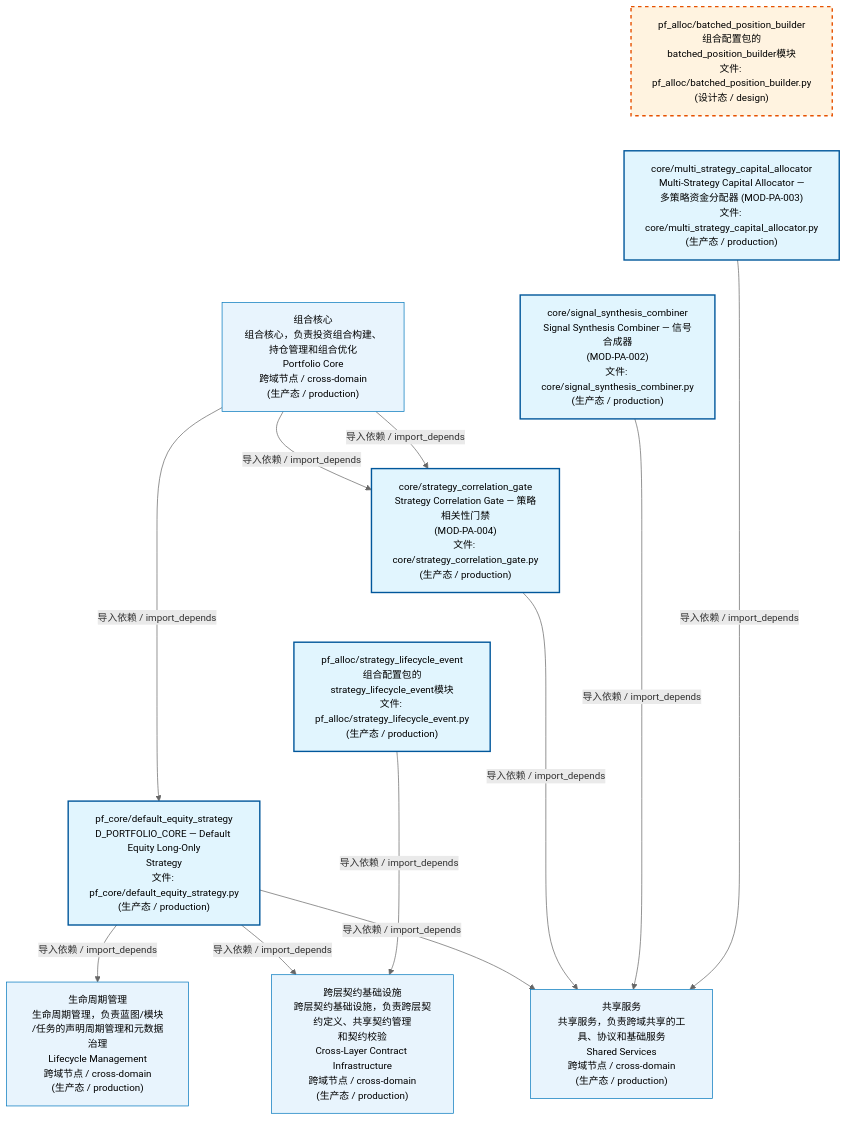
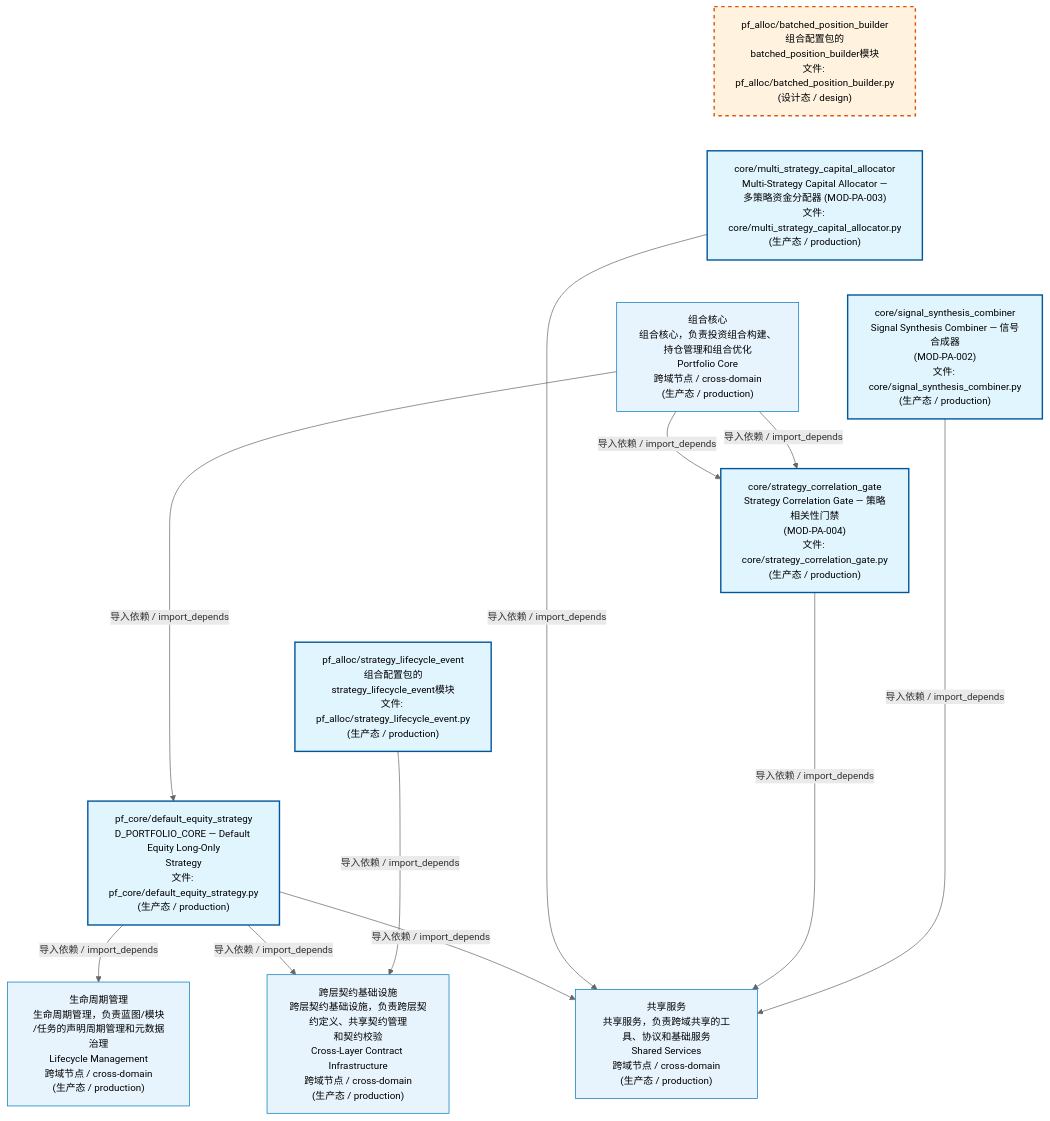
Before and after one commit to xuanFelixVan/ZephyrAlpha: the first of 4 diagrams in docs/02_enterprise_architecture/02_domain_architecture_docs/62_d_pf_alloc.md, drawn with Mermaid. The commit also changed 69 other files, not shown here.

````diff
--- a/docs/02_enterprise_architecture/02_domain_architecture_docs/62_d_pf_alloc.md
+++ b/docs/02_enterprise_architecture/02_domain_architecture_docs/62_d_pf_alloc.md
@@ -53,36 +53,36 @@
 ```mermaid
 %%{init: {'theme': 'base', 'themeVariables': {'primaryColor': '#eaeaea', 'primaryTextColor': '#333333', 'primaryBorderColor': '#666666', 'lineColor': '#666666', 'secondaryColor': '#eaeaea', 'tertiaryColor': '#eaeaea', 'fontSize': '14px'}}}%%
 flowchart TD
     src_zephyr_pf_alloc_batched_position_builder_py["pf_alloc/batched_position_builder<br/>组合配置包的batched_position_builder模块<br/>文件: pf_alloc/batched_position_builder.py<br/>(设计态 / design)"]
     src_zephyr_pf_alloc_core_multi_strategy_capital_allocator_py["core/multi_strategy_capital_allocator<br/>Multi-Strategy Capital Allocator —<br/>多策略资金分配器 (MOD-PA-003)<br/>文件: core/multi_strategy_capital_allocator.py<br/>(生产态 / production)"]
     src_zephyr_pf_alloc_core_signal_synthesis_combiner_py["core/signal_synthesis_combiner<br/>Signal Synthesis Combiner — 信号合成器<br/>(MOD-PA-002)<br/>文件: core/signal_synthesis_combiner.py<br/>(生产态 / production)"]
     src_zephyr_pf_alloc_core_strategy_correlation_gate_py["core/strategy_correlation_gate<br/>Strategy Correlation Gate — 策略相关性门禁<br/>(MOD-PA-004)<br/>文件: core/strategy_correlation_gate.py<br/>(生产态 / production)"]
     src_zephyr_pf_alloc_strategy_lifecycle_event_py["pf_alloc/strategy_lifecycle_event<br/>组合配置包的strategy_lifecycle_event模块<br/>文件: pf_alloc/strategy_lifecycle_event.py<br/>(生产态 / production)"]
     src_zephyr_pf_core_default_equity_strategy_py["pf_core/default_equity_strategy<br/>D_PORTFOLIO_CORE — Default Equity Long-Only<br/>Strategy<br/>文件: pf_core/default_equity_strategy.py<br/>(生产态 / production)"]
     src_zephyr_pf_alloc_batched_position_builder_py ~~~ src_zephyr_pf_alloc_core_multi_strategy_capital_allocator_py
     src_zephyr_pf_alloc_core_multi_strategy_capital_allocator_py ~~~ src_zephyr_pf_alloc_core_signal_synthesis_combiner_py
     src_zephyr_pf_alloc_core_signal_synthesis_combiner_py ~~~ src_zephyr_pf_alloc_core_strategy_correlation_gate_py
     src_zephyr_pf_alloc_core_strategy_correlation_gate_py ~~~ src_zephyr_pf_alloc_strategy_lifecycle_event_py
     src_zephyr_pf_alloc_strategy_lifecycle_event_py ~~~ src_zephyr_pf_core_default_equity_strategy_py
-    D_SHARED["共享服务<br/>共享服务，负责跨域共享的工具、协议和基础服务<br/>Shared Services<br/>跨域节点 / cross-domain<br/>(生产态 / production)"]
-    src_zephyr_pf_alloc_core_multi_strategy_capital_allocator_py -->|导入依赖 / import_depends| D_SHARED
     D_INFRASTRUCTURE["跨层契约基础设施<br/>跨层契约基础设施，负责跨层契约定义、共享契约管理<br/>和契约校验<br/>Cross-Layer Contract Infrastructure<br/>跨域节点 / cross-domain<br/>(生产态 / production)"]
     src_zephyr_pf_alloc_strategy_lifecycle_event_py -->|导入依赖 / import_depends| D_INFRASTRUCTURE
+    D_SHARED["共享服务<br/>共享服务，负责跨域共享的工具、协议和基础服务<br/>Shared Services<br/>跨域节点 / cross-domain<br/>(生产态 / production)"]
     src_zephyr_pf_alloc_core_signal_synthesis_combiner_py -->|导入依赖 / import_depends| D_SHARED
     src_zephyr_pf_alloc_core_strategy_correlation_gate_py -->|导入依赖 / import_depends| D_SHARED
+    src_zephyr_pf_alloc_core_multi_strategy_capital_allocator_py -->|导入依赖 / import_depends| D_SHARED
     D_GOVERNANCE["生命周期管理<br/>生命周期管理，负责蓝图/模块<br/>/任务的声明周期管理和元数据治理<br/>Lifecycle Management<br/>跨域节点 / cross-domain<br/>(生产态 / production)"]
     src_zephyr_pf_core_default_equity_strategy_py -->|导入依赖 / import_depends| D_GOVERNANCE
     src_zephyr_pf_core_default_equity_strategy_py -->|导入依赖 / import_depends| D_SHARED
     src_zephyr_pf_core_default_equity_strategy_py -->|导入依赖 / import_depends| D_INFRASTRUCTURE
     D_PF_CORE["组合核心<br/>组合核心，负责投资组合构建、持仓管理和组合优化<br/>Portfolio Core<br/>跨域节点 / cross-domain<br/>(生产态 / production)"]
     D_PF_CORE -->|导入依赖 / import_depends| src_zephyr_pf_alloc_core_strategy_correlation_gate_py
     D_PF_CORE -->|导入依赖 / import_depends| src_zephyr_pf_alloc_core_strategy_correlation_gate_py
     D_PF_CORE -->|导入依赖 / import_depends| src_zephyr_pf_core_default_equity_strategy_py
     classDef production fill:#e1f5fe,stroke:#01579b,stroke-width:2px,color:#000
     classDef design fill:#fff3e0,stroke:#e65100,stroke-width:2px,color:#000,stroke-dasharray: 5 5
     classDef external_prod fill:#e8f4fd,stroke:#0277bd,stroke-width:1px,color:#000
     classDef external_design fill:#fff8e7,stroke:#ef6c00,stroke-width:1px,color:#000,stroke-dasharray: 5 5
     class src_zephyr_pf_alloc_core_multi_strategy_capital_allocator_py,src_zephyr_pf_alloc_core_signal_synthesis_combiner_py,src_zephyr_pf_alloc_core_strategy_correlation_gate_py,src_zephyr_pf_alloc_strategy_lifecycle_event_py,src_zephyr_pf_core_default_equity_strategy_py production
     class src_zephyr_pf_alloc_batched_position_builder_py design
-    class D_SHARED,D_INFRASTRUCTURE,D_GOVERNANCE,D_PF_CORE external_prod
+    class D_INFRASTRUCTURE,D_SHARED,D_GOVERNANCE,D_PF_CORE external_prod
 ```
````
